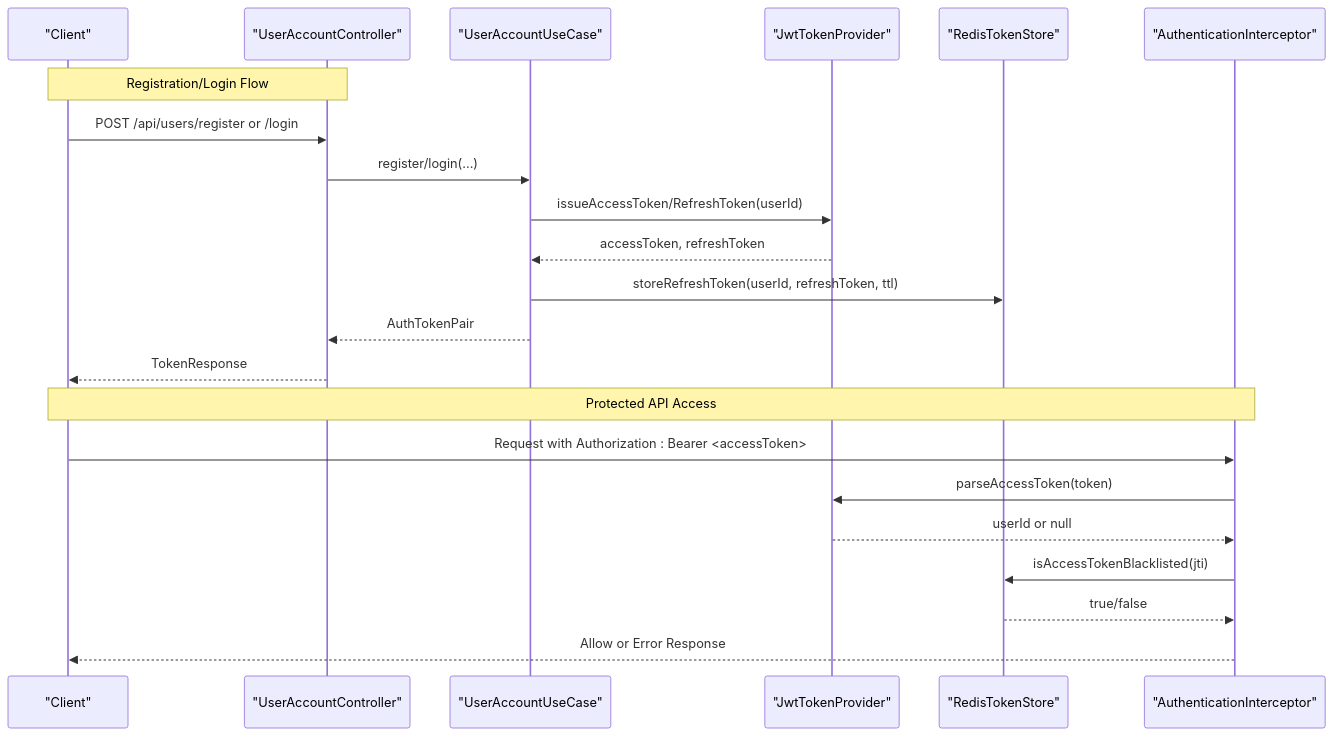
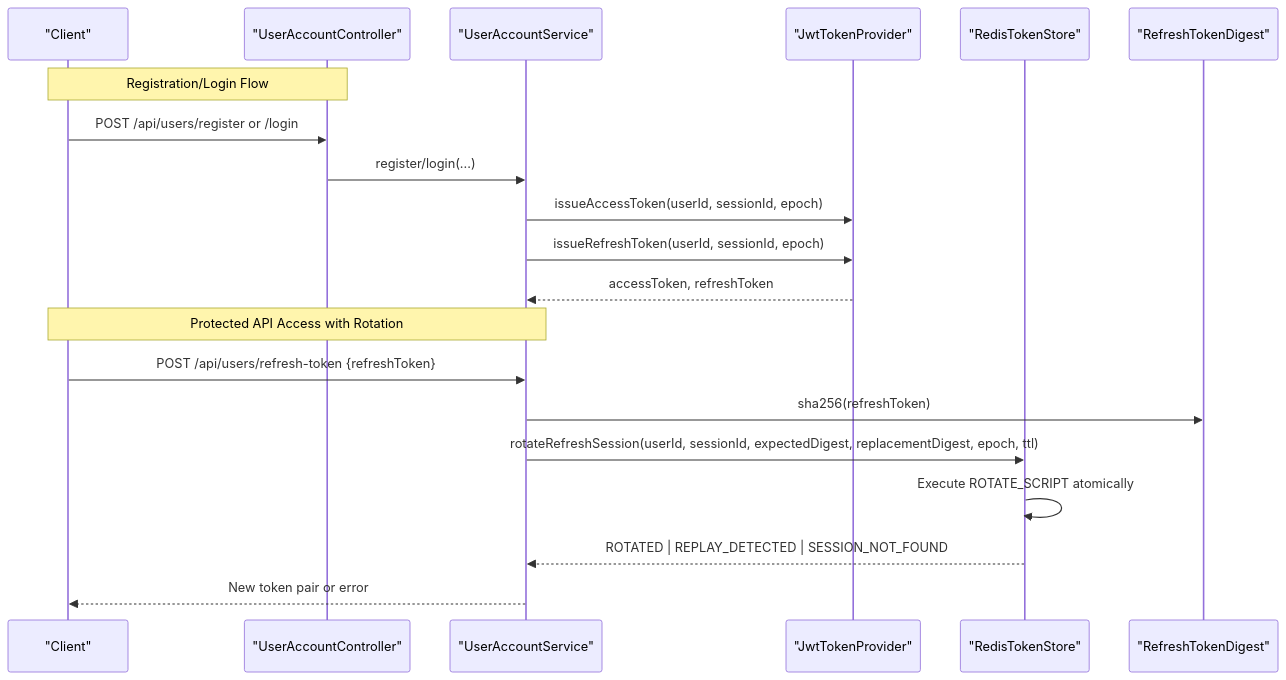
One commit to ddd-mall/j-store changed the second of 9 diagrams in .qoder/repowiki/en/content/User Authentication Module/User Authentication Module.md. Above: the diagram before and after it, drawn with Mermaid. The commit also changed other lines of this file and 334 other files, not shown here.

````diff
--- a/.qoder/repowiki/en/content/User Authentication Module/User Authentication Module.md
+++ b/.qoder/repowiki/en/content/User Authentication Module/User Authentication Module.md
@@ -118,24 +130,22 @@
 ```mermaid
 sequenceDiagram
 participant Client as "Client"
 participant Controller as "UserAccountController"
-participant UseCase as "UserAccountUseCase"
+participant Service as "UserAccountService"
 participant Provider as "JwtTokenProvider"
 participant Store as "RedisTokenStore"
-participant Interceptor as "AuthenticationInterceptor"
+participant Digest as "RefreshTokenDigest"
 Note over Client,Controller : Registration/Login Flow
 Client->>Controller : POST /api/users/register or /login
-Controller->>UseCase : register/login(...)
-UseCase->>Provider : issueAccessToken/RefreshToken(userId)
-Provider-->>UseCase : accessToken, refreshToken
-UseCase->>Store : storeRefreshToken(userId, refreshToken, ttl)
-UseCase-->>Controller : AuthTokenPair
-Controller-->>Client : TokenResponse
-Note over Client,Interceptor : Protected API Access
-Client->>Interceptor : Request with Authorization : Bearer <accessToken>
-Interceptor->>Provider : parseAccessToken(token)
-Provider-->>Interceptor : userId or null
-Interceptor->>Store : isAccessTokenBlacklisted(jti)
-Store-->>Interceptor : true/false
-Interceptor-->>Client : Allow or Error Response
+Controller->>Service : register/login(...)
+Service->>Provider : issueAccessToken(userId, sessionId, epoch)
+Service->>Provider : issueRefreshToken(userId, sessionId, epoch)
+Provider-->>Service : accessToken, refreshToken
+Note over Client,Service : Protected API Access with Rotation
+Client->>Service : POST /api/users/refresh-token {refreshToken}
+Service->>Digest : sha256(refreshToken)
+Service->>Store : rotateRefreshSession(userId, sessionId, expectedDigest, replacementDigest, epoch, ttl)
+Store->>Store : Execute ROTATE_SCRIPT atomically
+Store-->>Service : ROTATED | REPLAY_DETECTED | SESSION_NOT_FOUND
+Service-->>Client : New token pair or error
 ```
````
